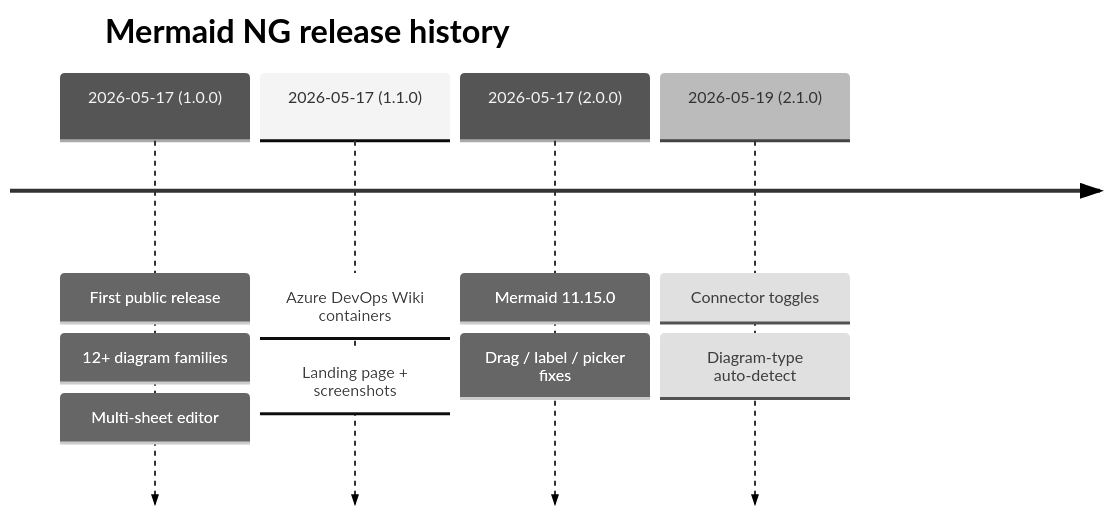
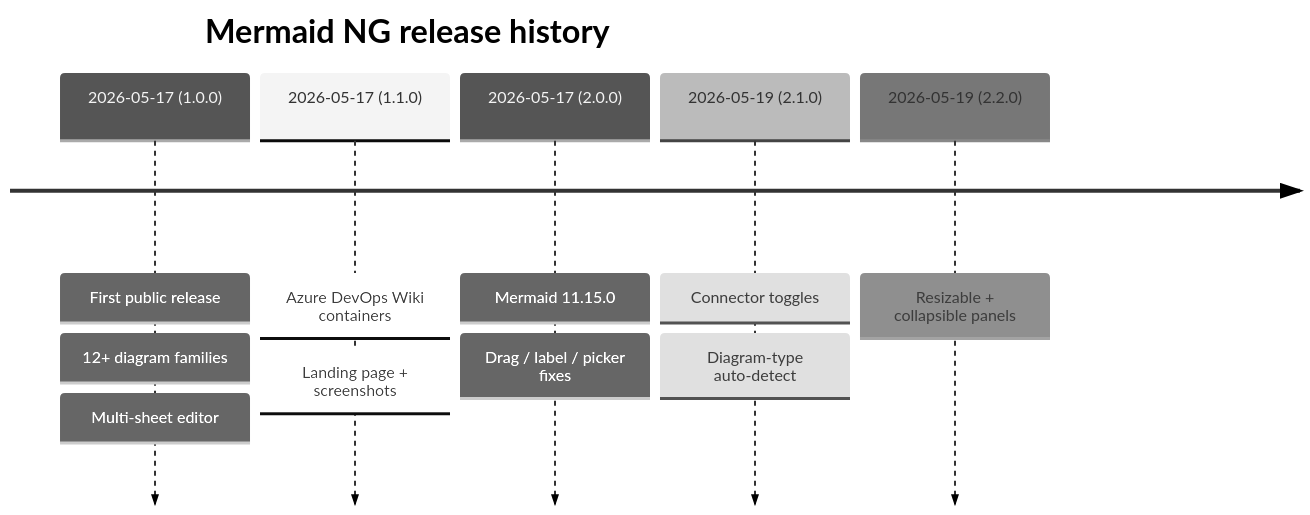
Before and after one commit to NextGenPowerToys/mermaid-visual-editor: diagram 11 of 12 in samples/all-diagrams.md, drawn with Mermaid (neutral theme). The commit also changed 8 other files, not shown here.

Commit message:
Release 2.2.0 — Add resizable and collapsible panels, update version in documentation and code

````diff
--- a/samples/all-diagrams.md
+++ b/samples/all-diagrams.md
@@ -193,13 +193,14 @@
 ```mermaid
 timeline
     title Mermaid NG release history
     2026-05-17 (1.0.0) : First public release
                        : 12+ diagram families
                        : Multi-sheet editor
     2026-05-17 (1.1.0) : Azure DevOps Wiki containers
                        : Landing page + screenshots
     2026-05-17 (2.0.0) : Mermaid 11.15.0
                        : Drag / label / picker fixes
     2026-05-19 (2.1.0) : Connector toggles
                        : Diagram-type auto-detect
+    2026-05-19 (2.2.0) : Resizable + collapsible panels
 ```
````
